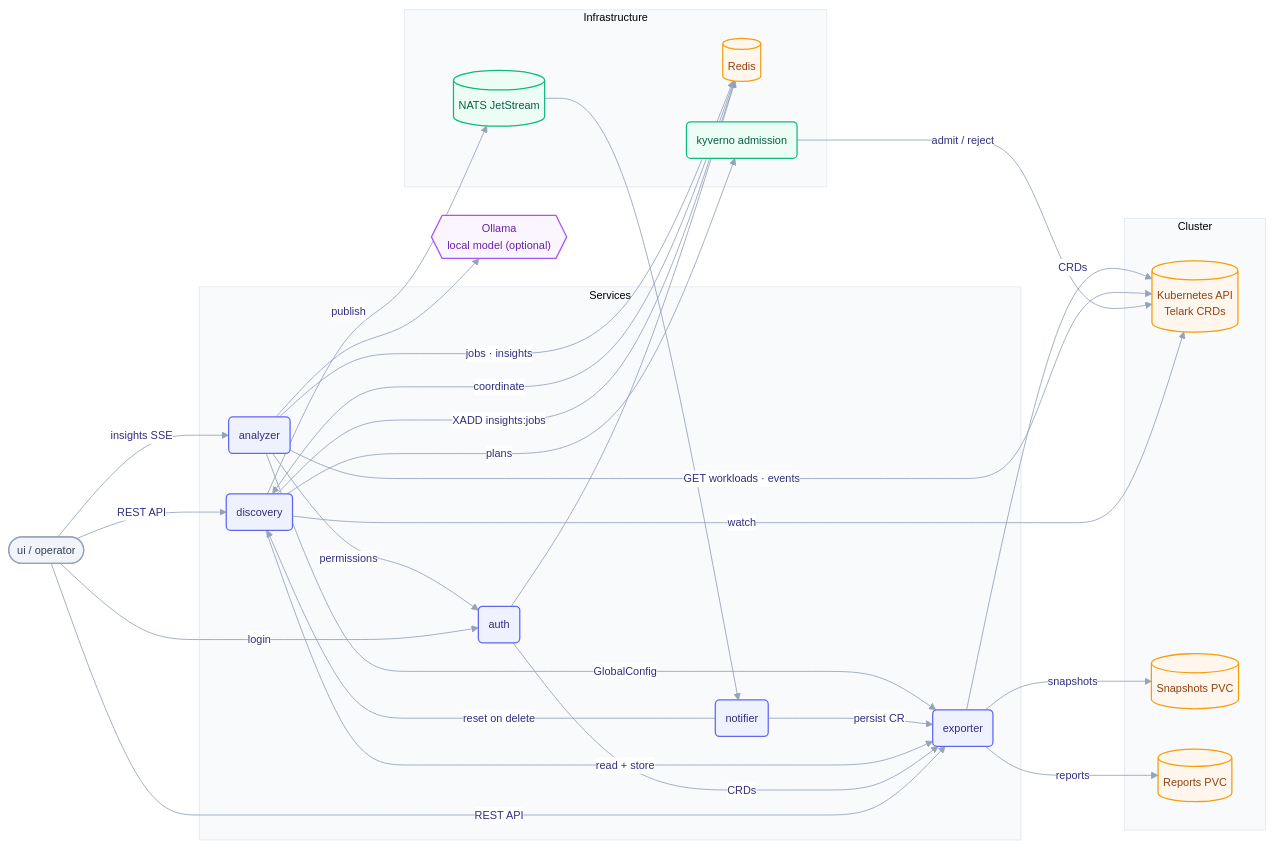
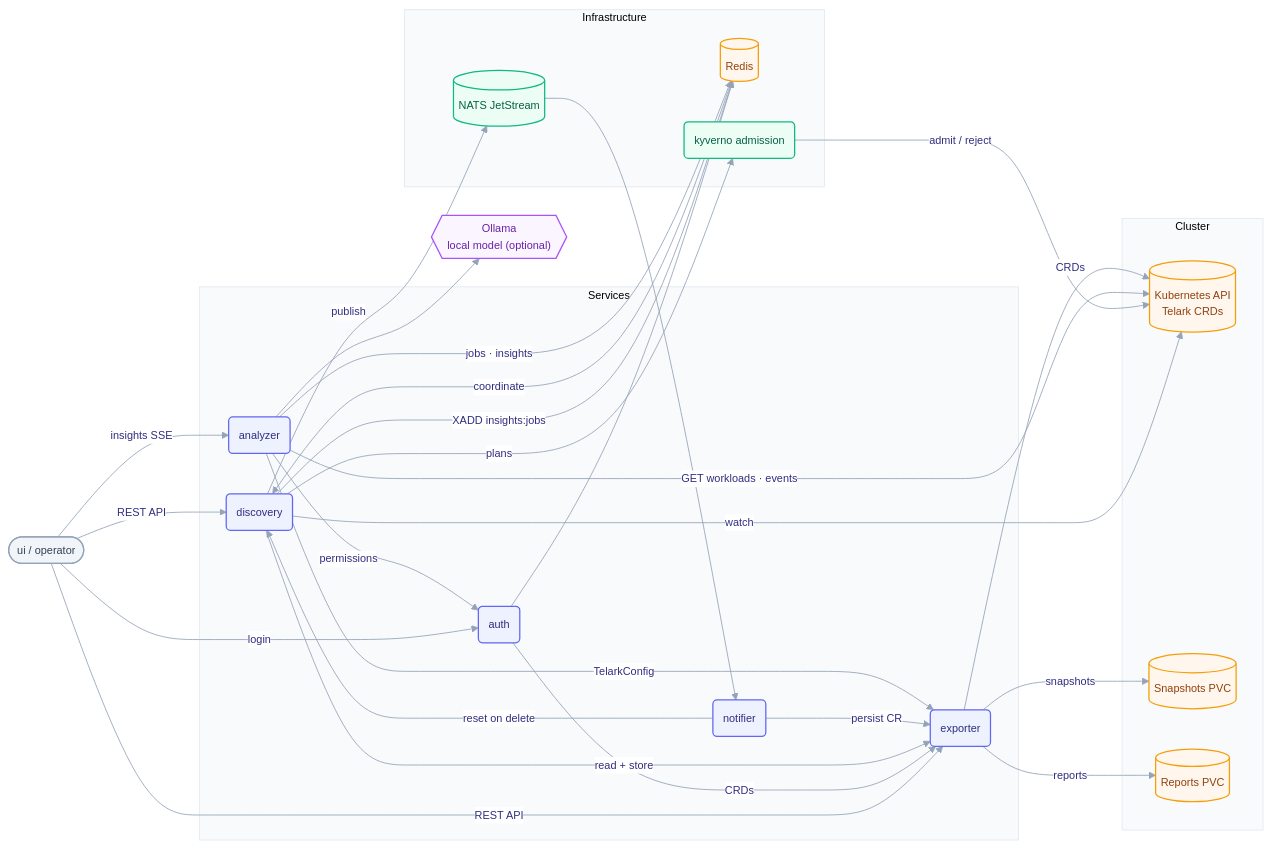
Before and after one commit to telark/telark: the diagram in docs/architecture.md, drawn with Mermaid. The commit also changed other lines of this file and 334 other files, not shown here.

First line of the commit message:
refactor(api)!: migrate services, chart and docs to telark.io/v1alpha1

````diff
--- a/docs/architecture.md
+++ b/docs/architecture.md
@@ -7,65 +7,65 @@
 ```mermaid
 %%{init: {"theme":"base","themeVariables":{"fontFamily":"ui-sans-serif, system-ui, -apple-system, Segoe UI, Roboto, sans-serif","fontSize":"13px","lineColor":"#94a3b8","primaryColor":"#eef2ff","primaryBorderColor":"#6366f1","primaryTextColor":"#312e81","edgeLabelBackground":"#ffffff","clusterBkg":"#f8fafc","clusterBorder":"#e2e8f0"},"flowchart":{"curve":"basis","htmlLabels":true,"nodeSpacing":48,"rankSpacing":64,"padding":12}}}%%
 flowchart LR
   UI(["ui / operator"])
 
   subgraph services["Services"]
     AUTH(auth)
     DISC(discovery)
     EXP(exporter)
     ANL(analyzer)
     NTF(notifier)
   end
 
   subgraph infra["Infrastructure"]
     REDIS[("Redis")]
     NATS[("NATS JetStream")]
     KYV(kyverno admission)
   end
 
   subgraph cluster["Cluster"]
     K8S[("Kubernetes API<br/>Telark CRDs")]
     PVC[("Snapshots PVC")]
     RPVC[("Reports PVC")]
   end
 
   LLM{{"Ollama<br/>local model (optional)"}}
 
   UI -->|login| AUTH
   UI -->|REST API| DISC
   UI -->|insights SSE| ANL
   UI -->|REST API| EXP
 
   AUTH -->|CRDs| EXP
   AUTH --> REDIS
 
   DISC -->|watch| K8S
   DISC -->|read + store| EXP
   DISC -->|publish| NATS --> NTF -->|persist CR| EXP
   NTF -->|reset on delete| DISC
   DISC -->|XADD insights:jobs| REDIS
   DISC <-->|coordinate| REDIS
   DISC -->|plans| KYV
   KYV -->|admit / reject| K8S
 
   ANL -->|jobs · insights| REDIS
-  ANL -->|GlobalConfig| EXP
+  ANL -->|TelarkConfig| EXP
   ANL -->|permissions| AUTH
   ANL --> LLM
   ANL -->|GET workloads · events| K8S
 
   EXP -->|CRDs| K8S
   EXP -->|snapshots| PVC
   EXP -->|reports| RPVC
 
   classDef svc fill:#eef2ff,stroke:#6366f1,stroke-width:1.5px,color:#312e81;
   classDef infra fill:#ecfdf5,stroke:#10b981,stroke-width:1.5px,color:#065f46;
   classDef store fill:#fff7ed,stroke:#f59e0b,stroke-width:1.5px,color:#92400e;
   classDef peer fill:#f1f5f9,stroke:#94a3b8,stroke-width:1.5px,color:#334155;
   classDef ext fill:#faf5ff,stroke:#a855f7,stroke-width:1.5px,color:#6b21a8;
   class AUTH,DISC,EXP,ANL,NTF svc;
   class NATS,KYV infra;
   class REDIS,K8S,PVC,RPVC store;
   class UI peer;
   class LLM ext;
 ```
````
